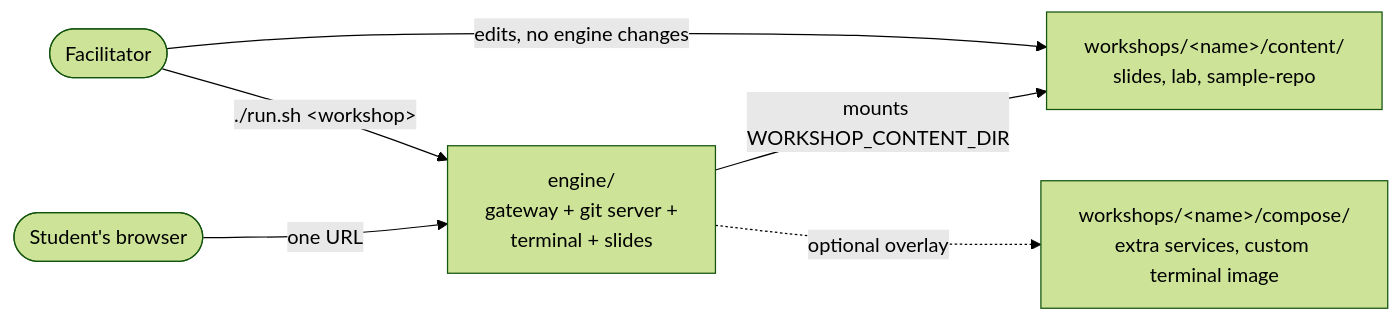
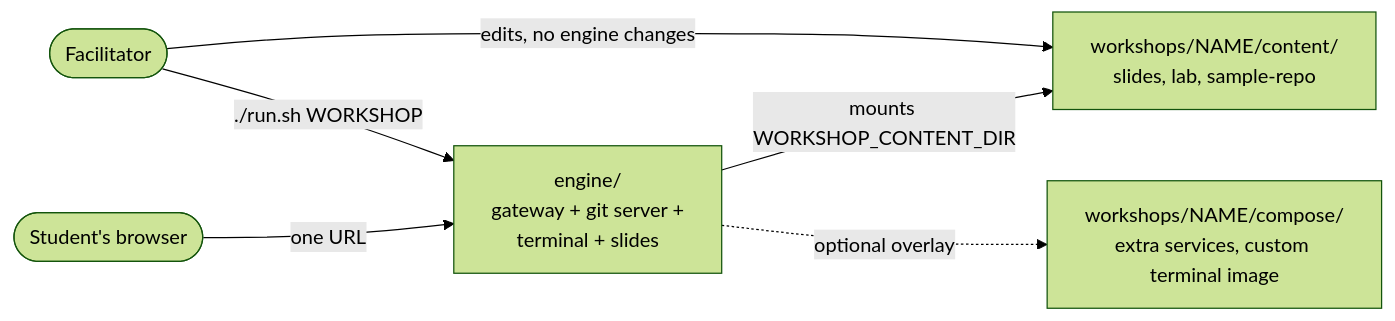
The first of 11 diagrams in README.md (fiddler110/GitOps_Dojo), drawn with Mermaid (forest theme) before and after one commit. The commit also changed other lines of this file and 4 other files, not shown here.

````diff
--- a/README.md
+++ b/README.md
@@ -35,8 +44,8 @@
 ```mermaid
 graph LR
     Student(["Student's browser"]) -->|"one URL"| Gateway["engine/<br/>gateway + git server +<br/>terminal + slides"]
-    Facilitator(["Facilitator"]) -->|"./run.sh &lt;workshop&gt;"| Gateway
-    Gateway -->|"mounts WORKSHOP_CONTENT_DIR"| Content["workshops/&lt;name&gt;/content/<br/>slides, lab, sample-repo"]
-    Gateway -.->|"optional overlay"| Extra["workshops/&lt;name&gt;/compose/<br/>extra services, custom terminal image"]
+    Facilitator(["Facilitator"]) -->|"./run.sh WORKSHOP"| Gateway
+    Gateway -->|"mounts WORKSHOP_CONTENT_DIR"| Content["workshops/NAME/content/<br/>slides, lab, sample-repo"]
+    Gateway -.->|"optional overlay"| Extra["workshops/NAME/compose/<br/>extra services, custom terminal image"]
     Facilitator -->|"edits, no engine changes"| Content
 ```
````
